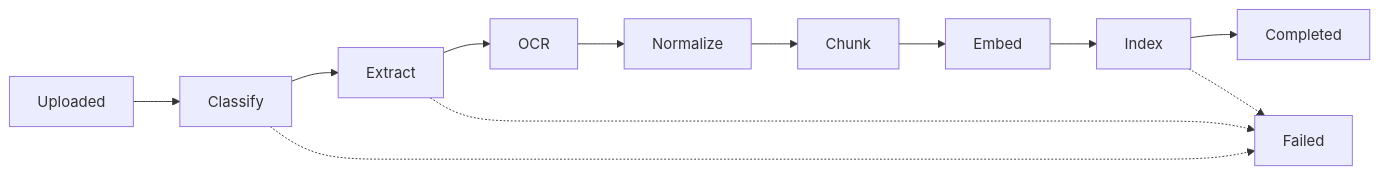
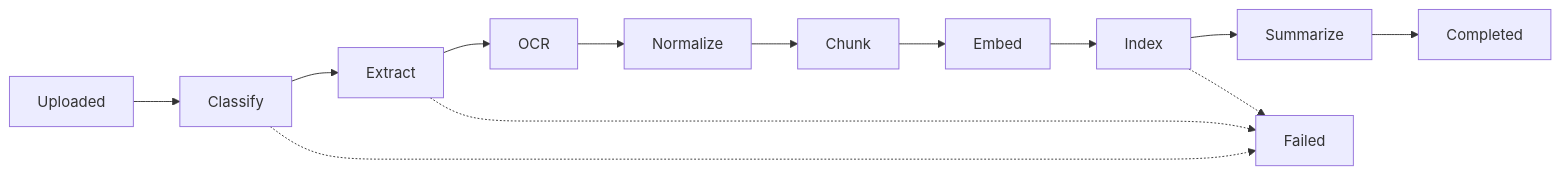
Before and after one commit to SpreadSheets600/CMPDI-Intelligence: the second of 5 diagrams in docs/ARCHITECTURE.md, drawn with Mermaid. The commit also changed other lines of this file and 1 other file, not shown here.

Commit message:
docs: update README and ARCHITECTURE for landing page, unified Ask, filters, Lucide icons and markdown-to-DOCX reports

````diff
--- a/docs/ARCHITECTURE.md
+++ b/docs/ARCHITECTURE.md
@@ -78,14 +78,15 @@
 ```mermaid
 flowchart LR
     A[Uploaded] --> B[Classify]
     B --> C[Extract]
     C --> D[OCR]
     D --> E[Normalize]
     E --> F[Chunk]
     F --> G[Embed]
     G --> H[Index]
-    H --> I[Completed]
+    H --> S[Summarize]
+    S --> I[Completed]
     B -.-> X[Failed]
     C -.-> X
     H -.-> X
 ```
````
